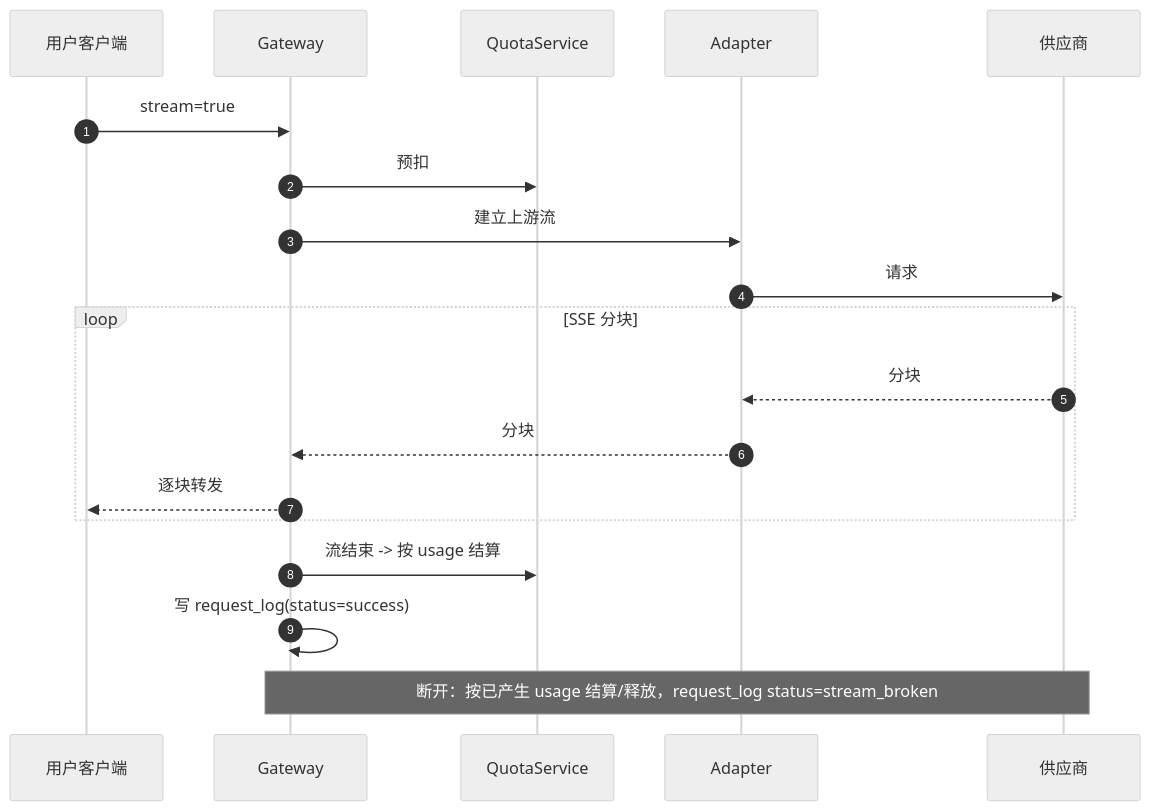
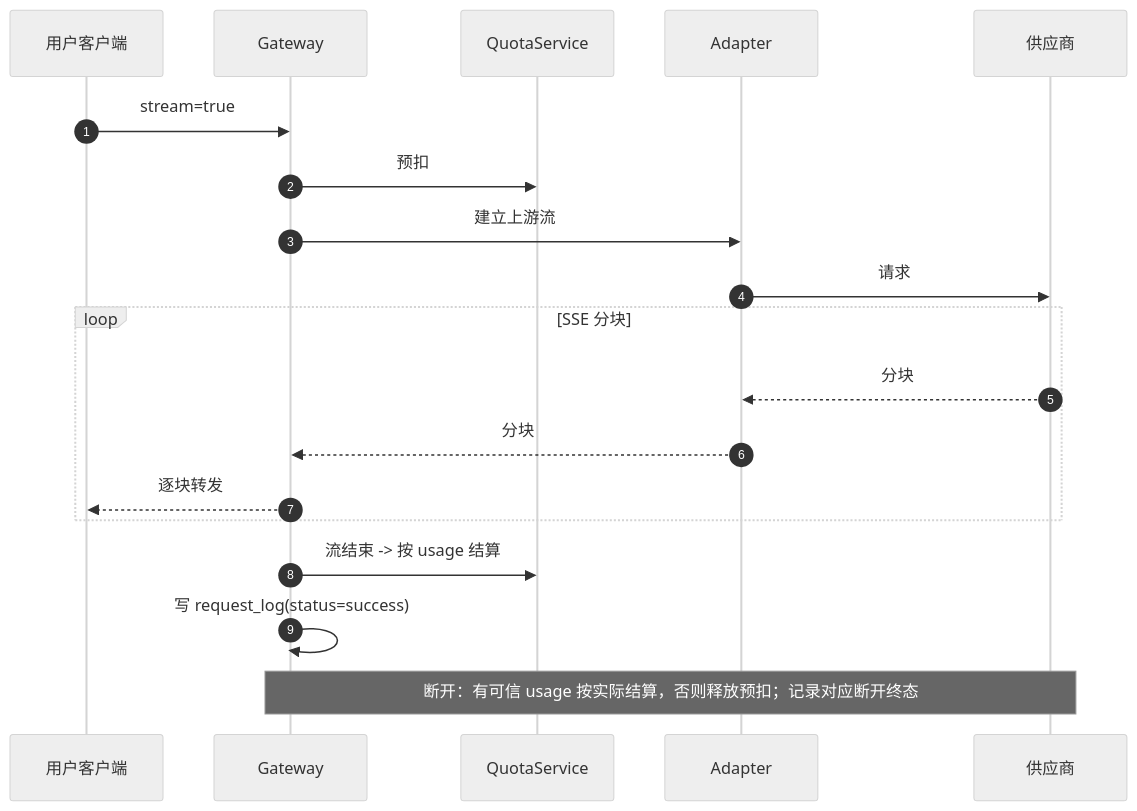
The sixth of 10 diagrams in docs/detailed-design.md (hchw/slogan), drawn with Mermaid (neutral theme) before and after one commit. The commit also changed other lines of this file and 126 other files, not shown here.

````diff
--- a/docs/detailed-design.md
+++ b/docs/detailed-design.md
@@ -1594,21 +1611,21 @@
 ```mermaid
 sequenceDiagram
     autonumber
     participant C as 用户客户端
     participant G as Gateway
     participant Q as QuotaService
     participant P as Adapter
     participant U as 供应商
     C->>G: stream=true
     G->>Q: 预扣
     G->>P: 建立上游流
     P->>U: 请求
     loop SSE 分块
         U-->>P: 分块
         P-->>G: 分块
         G-->>C: 逐块转发
     end
     G->>Q: 流结束 -> 按 usage 结算
     G->>G: 写 request_log(status=success)
-    Note over G,U: 断开：按已产生 usage 结算/释放，request_log status=stream_broken
+    Note over G,U: 断开：有可信 usage 按实际结算，否则释放预扣；记录对应断开终态
 ```
````
